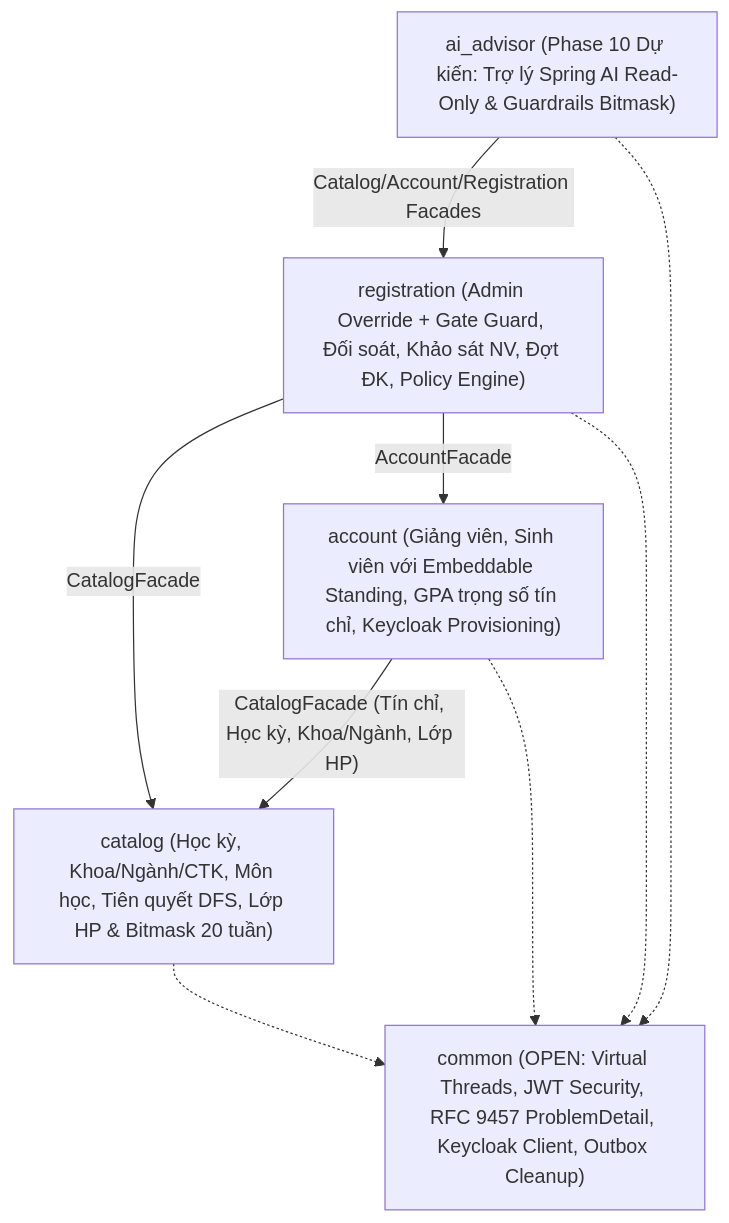
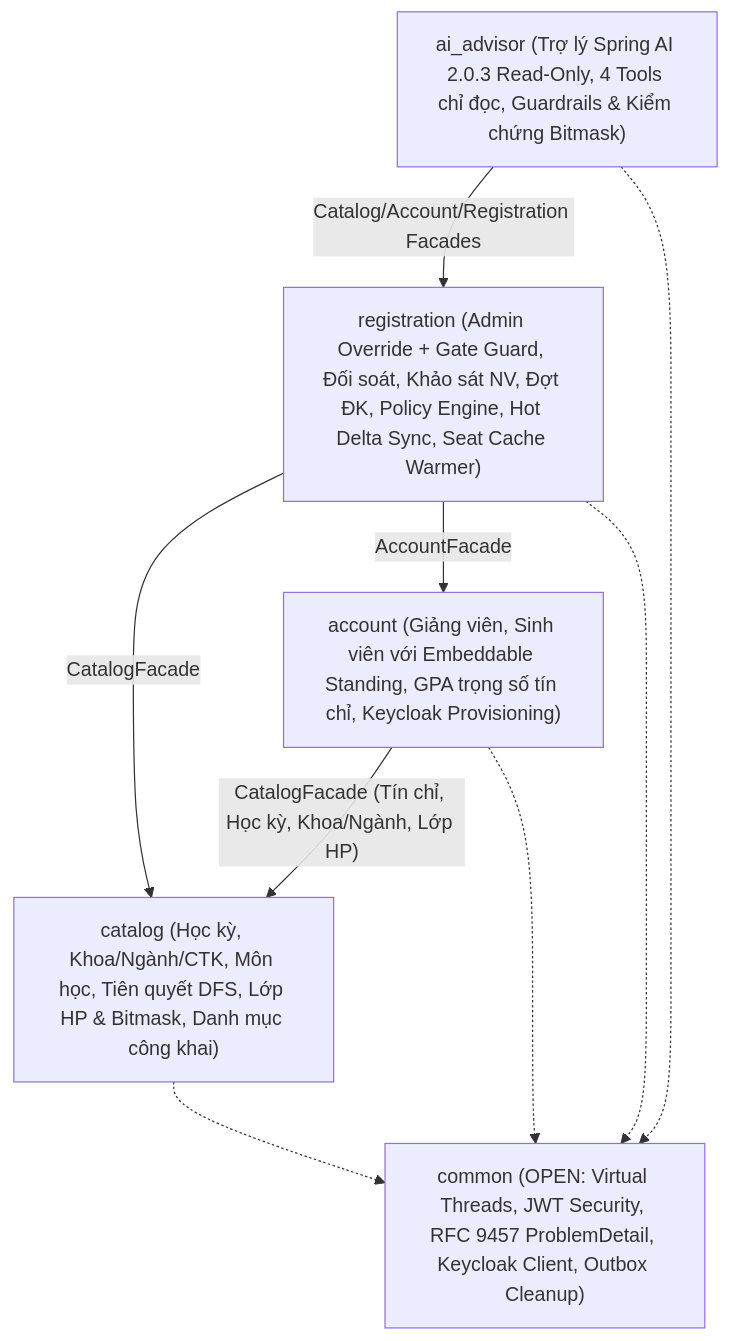
Before and after one commit to D3etMe4n/unieee: the first of 3 diagrams in guides/vi/architecture.md, drawn with Mermaid. The commit also changed other lines of this file and 7 other files, not shown here.

Commit message:
docs(guides): update architecture, getting-started, roadmap, and hub guides through Phase 11

````diff
--- a/guides/vi/architecture.md
+++ b/guides/vi/architecture.md
@@ -26,18 +26,18 @@
 ```mermaid
 flowchart TB
     common["common (OPEN: Virtual Threads, JWT Security, RFC 9457 ProblemDetail, Keycloak Client, Outbox Cleanup)"]
-    catalog["catalog (Học kỳ, Khoa/Ngành/CTK, Môn học, Tiên quyết DFS, Lớp HP & Bitmask 20 tuần)"]
+    catalog["catalog (Học kỳ, Khoa/Ngành/CTK, Môn học, Tiên quyết DFS, Lớp HP & Bitmask, Danh mục công khai)"]
     account["account (Giảng viên, Sinh viên với Embeddable Standing, GPA trọng số tín chỉ, Keycloak Provisioning)"]
-    registration["registration (Admin Override + Gate Guard, Đối soát, Khảo sát NV, Đợt ĐK, Policy Engine)"]
-    ai["ai_advisor (Phase 10 Dự kiến: Trợ lý Spring AI Read-Only & Guardrails Bitmask)"]
+    registration["registration (Admin Override + Gate Guard, Đối soát, Khảo sát NV, Đợt ĐK, Policy Engine, Hot Delta Sync, Seat Cache Warmer)"]
+    ai["ai_advisor (Trợ lý Spring AI 2.0.3 Read-Only, 4 Tools chỉ đọc, Guardrails & Kiểm chứng Bitmask)"]
 
     ai -->|"Catalog/Account/Registration Facades"| registration
     registration -->|"AccountFacade"| account
     registration -->|"CatalogFacade"| catalog
     account -->|"CatalogFacade (Tín chỉ, Học kỳ, Khoa/Ngành, Lớp HP)"| catalog
 
     catalog -.-> common
     account -.-> common
     registration -.-> common
     ai -.-> common
 ```
````
